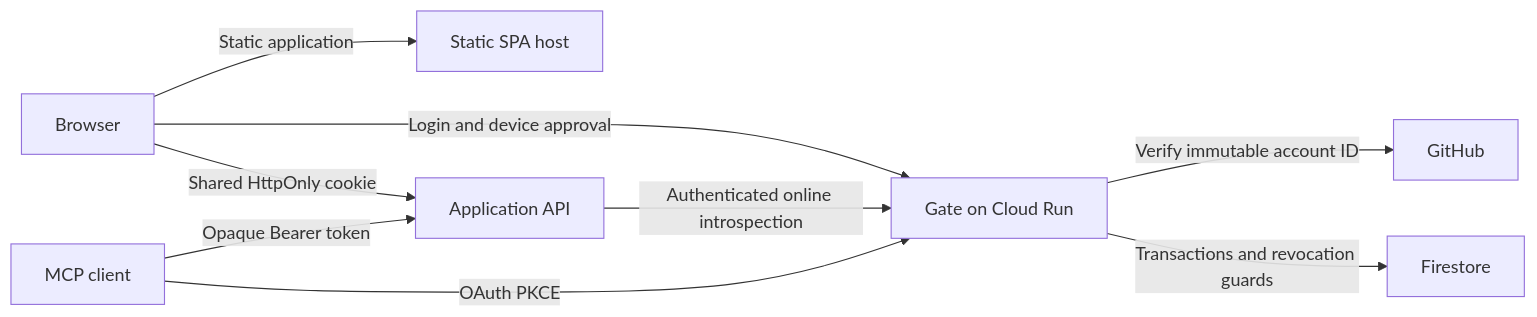
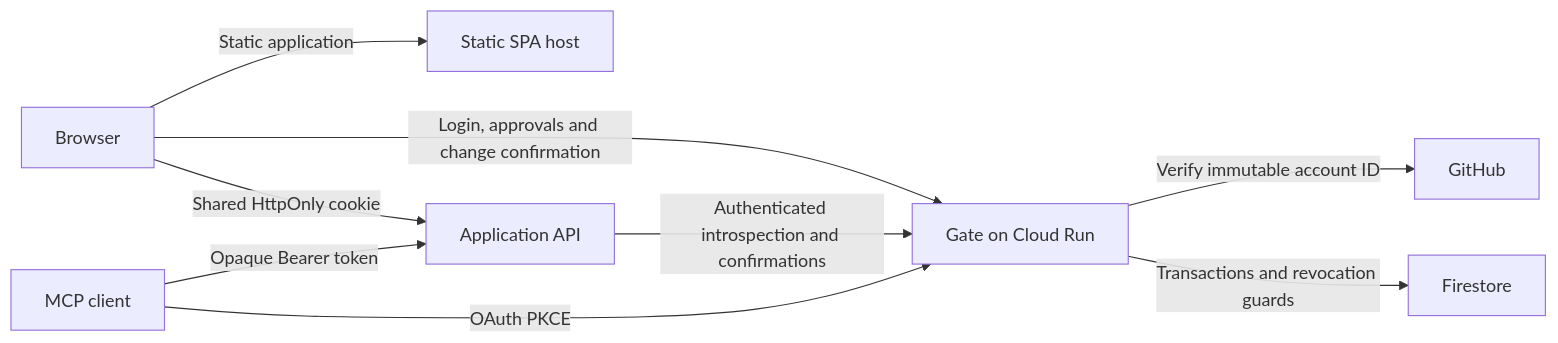
The diagram in ARCHITECTURE.md (takezoh/syntoria-gate), drawn with Mermaid before and after one commit. The commit also changed other lines of this file and 24 other files, not shown here.

````diff
--- a/ARCHITECTURE.md
+++ b/ARCHITECTURE.md
@@ -7,11 +7,11 @@
 ```mermaid
 flowchart LR
     Browser -->|Static application|SPA[Static SPA host]
-    Browser -->|Login and device approval|Gate[Gate on Cloud Run]
+    Browser -->|Login, approvals and change confirmation|Gate[Gate on Cloud Run]
     Browser -->|Shared HttpOnly cookie|API[Application API]
     MCP[MCP client] -->|Opaque Bearer token|API
     MCP -->|OAuth PKCE|Gate
-    API -->|Authenticated online introspection|Gate
+    API -->|Authenticated introspection and confirmations|Gate
     Gate -->|Verify immutable account ID|GitHub
     Gate -->|Transactions and revocation guards|Firestore
 ```
````
